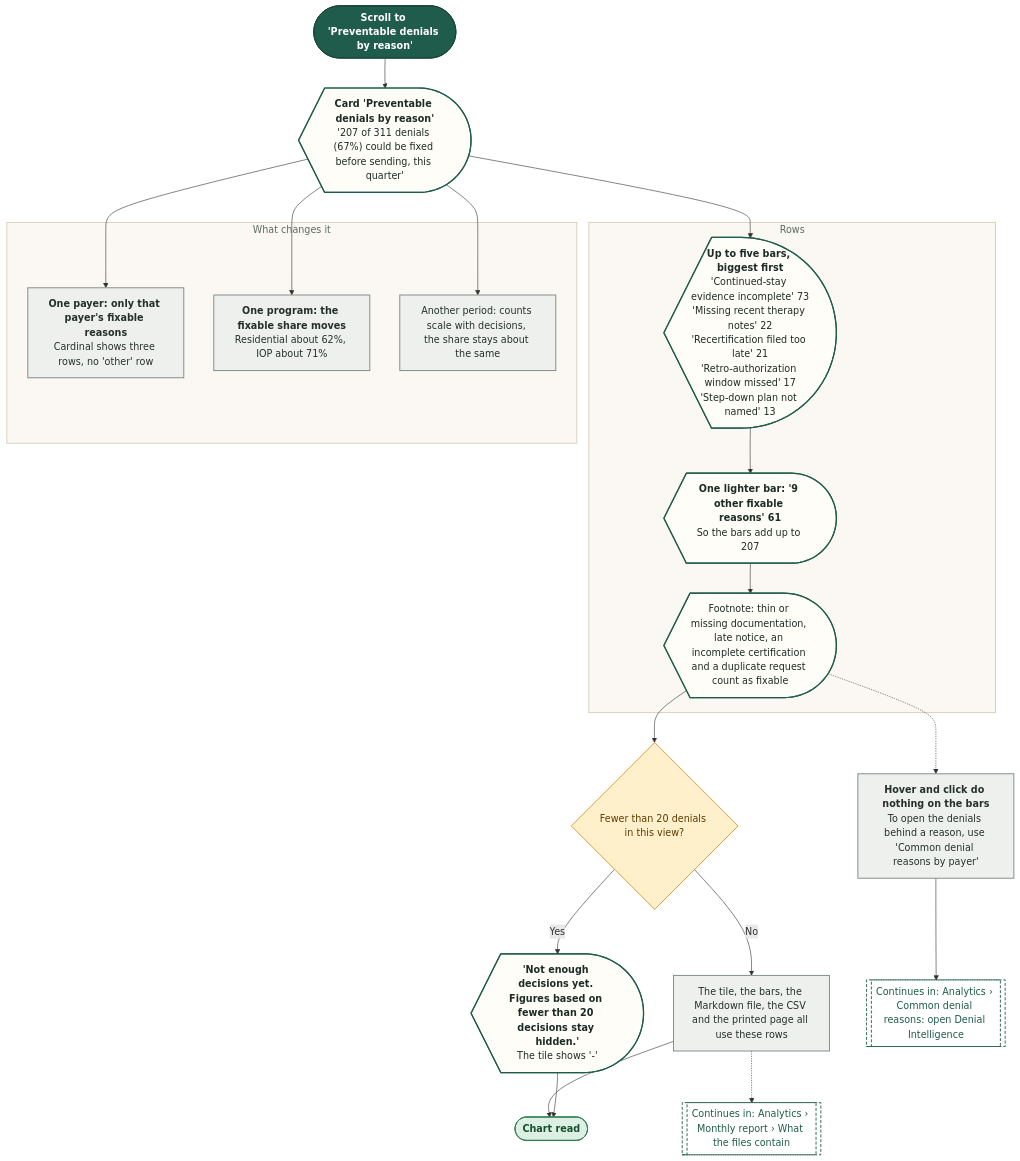
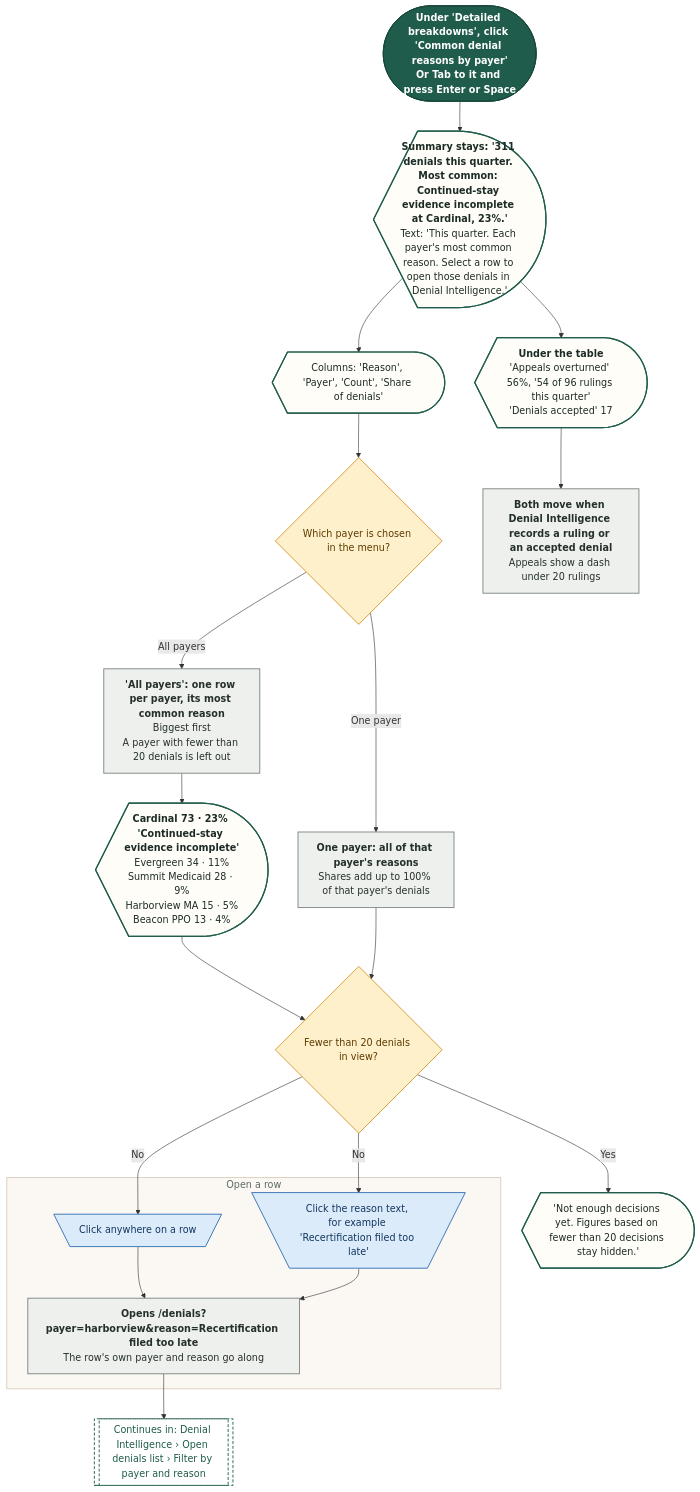
Diagram 14 of 18 in demos/prior-auth-demo/workflows/out/md/08-analytics.md (Shrav143/psyfloapp), drawn with Mermaid before and after one commit. The commit also changed other lines of this file and 251 other files, not shown here.

First line of the commit message:
docs: rebuild the workflow diagrams (291) for round 4

````diff
--- a/demos/prior-auth-demo/workflows/out/md/08-analytics.md
+++ b/demos/prior-auth-demo/workflows/out/md/08-analytics.md
@@ -608,54 +830,54 @@
 ```mermaid
 %%{init: {"theme":"base","themeVariables":{"fontFamily":"'DM Sans', 'Segoe UI', system-ui, sans-serif","fontSize":"15px","lineColor":"#5B6B63","primaryTextColor":"#1C2B25","clusterBkg":"#FBF8F3","clusterBorder":"#D9CDBB","edgeLabelBackground":"#FFFFFF"},"flowchart":{"curve":"basis","nodeSpacing":36,"rankSpacing":48,"padding":12,"htmlLabels":true,"useMaxWidth":false,"wrappingWidth":230}} }%%
 flowchart TD
   classDef k_start fill:#1F5C4B,stroke:#174638,color:#FFFFFF,stroke-width:1.5px,font-weight:600
   classDef k_end fill:#DDEFE3,stroke:#2E7D4F,color:#14502F,stroke-width:1.5px,font-weight:600
   classDef k_endx fill:#FBE3E0,stroke:#C0392B,color:#7A1F16,stroke-width:1.5px,font-weight:600
   classDef k_screen fill:#FFFDF8,stroke:#1F5C4B,color:#1C2B25,stroke-width:2px
   classDef k_overlay fill:#F1F7F3,stroke:#1F5C4B,color:#1C2B25,stroke-width:2px,stroke-dasharray:5 3
   classDef k_click fill:#DCEBFA,stroke:#2F6DB5,color:#12365F,stroke-width:1.5px
   classDef k_input fill:#E4E7FF,stroke:#4C5FD5,color:#1D2670,stroke-width:1.5px
   classDef k_process fill:#EEF0EE,stroke:#7A857F,color:#26302B,stroke-width:1.5px
   classDef k_agent fill:#EEE5FA,stroke:#7A4FC2,color:#341A63,stroke-width:1.5px
   classDef k_decision fill:#FFF0CC,stroke:#D9962B,color:#5C3B00,stroke-width:1.5px
   classDef k_store fill:#D5F0EA,stroke:#1C8E7B,color:#0B4A3F,stroke-width:1.5px
   classDef k_doc fill:#F6E9DC,stroke:#B07A4C,color:#4A2E14,stroke-width:1.5px
   classDef k_ext fill:#FFE6D2,stroke:#E07B39,color:#6B2F06,stroke-width:1.5px
   classDef k_wait fill:#E4E8EE,stroke:#6B7C93,color:#26303D,stroke-width:1.5px
   classDef k_toast fill:#FFF9DB,stroke:#C9A400,color:#5A4A00,stroke-width:1.5px
   classDef k_goto fill:#FFFFFF,stroke:#1F5C4B,color:#1F5C4B,stroke-width:1.5px,stroke-dasharray:5 3
-  s1@{ shape: stadium, label: "Scroll to 'Preventable denials by reason'" }
-  sc@{ shape: curv-trap, label: "<b>Card 'Preventable denials by reason'</b><br/>'207 of 311 denials (67%) could be fixed before sending, this quarter'" }
-  subgraph gRows ["Rows"]
-  r1@{ shape: curv-trap, label: "<b>Up to five bars, biggest first</b><br/>'Continued-stay evidence incomplete' 73<br/>'Missing recent therapy notes' 22<br/>'Recertification filed too late' 21<br/>'Retro-authorization window missed' 17<br/>'Step-down plan not named' 13" }
-  r2@{ shape: curv-trap, label: "<b>One lighter bar: '9 other fixable reasons' 61</b><br/>So the bars add up to 207" }
-  r3@{ shape: curv-trap, label: "Footnote: thin or missing documentation, late notice, an incomplete certification and a duplicate request count as fixable" }
+  s1@{ shape: stadium, label: "<b>Under 'Detailed breakdowns', click 'Common denial reasons by payer'</b><br/>Or Tab to it and press Enter or Space" }
+  sc@{ shape: curv-trap, label: "<b>Summary stays: '311 denials this quarter. Most common: Continued-stay evidence incomplete at Cardinal, 23%.'</b><br/>Text: 'This quarter. Each payer's most common reason. Select a row to open those denials in Denial Intelligence.'" }
+  th@{ shape: curv-trap, label: "Columns: 'Reason', 'Payer', 'Count', 'Share of denials'" }
+  q1@{ shape: diam, label: "Which payer is chosen in the menu?" }
+  p1@{ shape: rect, label: "<b>'All payers': one row per payer, its most common reason</b><br/>Biggest first<br/>A payer with fewer than 20 denials is left out" }
+  r1@{ shape: curv-trap, label: "<b>Cardinal 73 · 23% 'Continued-stay evidence incomplete'</b><br/>Evergreen 34 · 11%<br/>Summit Medicaid 28 · 9%<br/>Harborview MA 15 · 5%<br/>Beacon PPO 13 · 4%" }
+  p3@{ shape: rect, label: "<b>One payer: all of that payer's reasons</b><br/>Shares add up to 100% of that payer's denials" }
+  q2@{ shape: diam, label: "Fewer than 20 denials in view?" }
+  nd@{ shape: curv-trap, label: "'Not enough decisions yet. Figures based on fewer than 20 decisions stay hidden.'" }
+  o1@{ shape: curv-trap, label: "<b>Under the table</b><br/>'Appeals overturned' 56%, '54 of 96 rulings this quarter'<br/>'Denials accepted' 17" }
+  o2@{ shape: rect, label: "<b>Both move when Denial Intelligence records a ruling or an accepted denial</b><br/>Appeals show a dash under 20 rulings" }
+  subgraph gClick ["Open a row"]
+  c1@{ shape: trap-t, label: "Click anywhere on a row" }
+  c2@{ shape: trap-t, label: "Click the reason text, for example 'Recertification filed too late'" }
+  p4@{ shape: rect, label: "<b>Opens /denials?payer=harborview&reason=Recertification filed too late</b><br/>The row's own payer and reason go along" }
   end
-  subgraph gScope ["What changes it"]
-  s2@{ shape: rect, label: "<b>One payer: only that payer's fixable reasons</b><br/>Cardinal shows three rows, no 'other' row" }
-  s3@{ shape: rect, label: "<b>One program: the fixable share moves</b><br/>Residential about 62%, IOP about 71%" }
-  s4@{ shape: rect, label: "Another period: counts scale with decisions, the share stays about the same" }
-  end
-  q1@{ shape: diam, label: "Fewer than 20 denials in this view?" }
-  h1@{ shape: curv-trap, label: "<b>'Not enough decisions yet. Figures based on fewer than 20 decisions stay hidden.'</b><br/>The tile shows '-'" }
-  p1@{ shape: rect, label: "<b>Hover and click do nothing on the bars</b><br/>To open the denials behind a reason, use 'Common denial reasons by payer'" }
-  p2@{ shape: rect, label: "The tile, the bars, the Markdown file, the CSV and the printed page all use these rows" }
-  g1@{ shape: subproc, label: "Continues in: Analytics › Common denial reasons: open Denial Intelligence" }
-  g2@{ shape: subproc, label: "Continues in: Analytics › Monthly report › What the files contain" }
-  e1@{ shape: stadium, label: "Chart read" }
-  s1 --> sc --> r1 --> r2 --> r3 --> q1
-  sc --> s2 & s3 & s4
-  q1 -->|"No"| p2 --> e1
-  q1 -->|"Yes"| h1 --> e1
-  r3 -.-> p1
-  p1 --> g1
-  p2 -.-> g2
+  g1@{ shape: subproc, label: "Continues in: Denial Intelligence › Open denials list › Filter by payer and reason" }
+  s1 --> sc --> th --> q1
+  q1 -->|"All payers"| p1 --> r1
+  q1 -->|"One payer"| p3
+  r1 & p3 --> q2
+  q2 -->|"Yes"| nd
+  q2 -->|"No"| c1 & c2
+  c1 --> p4
+  c2 --> p4
+  p4 --> g1
+  sc --> o1 --> o2
   class s1 k_start
-  class sc,r1,r2,r3,h1 k_screen
-  class s2,s3,s4,p1,p2 k_process
-  class q1 k_decision
-  class g1,g2 k_goto
-  class e1 k_end
-  style gRows fill:#FBF8F3,stroke:#D9CDBB,stroke-width:1.5px,color:#5B6B63
-  style gScope fill:#FBF8F3,stroke:#D9CDBB,stroke-width:1.5px,color:#5B6B63
+  class sc,th,r1,nd,o1 k_screen
+  class q1,q2 k_decision
+  class p1,p3,o2,p4 k_process
+  class c1,c2 k_click
+  class g1 k_goto
+  style gClick fill:#FBF8F3,stroke:#D9CDBB,stroke-width:1.5px,color:#5B6B63
 ```
````
